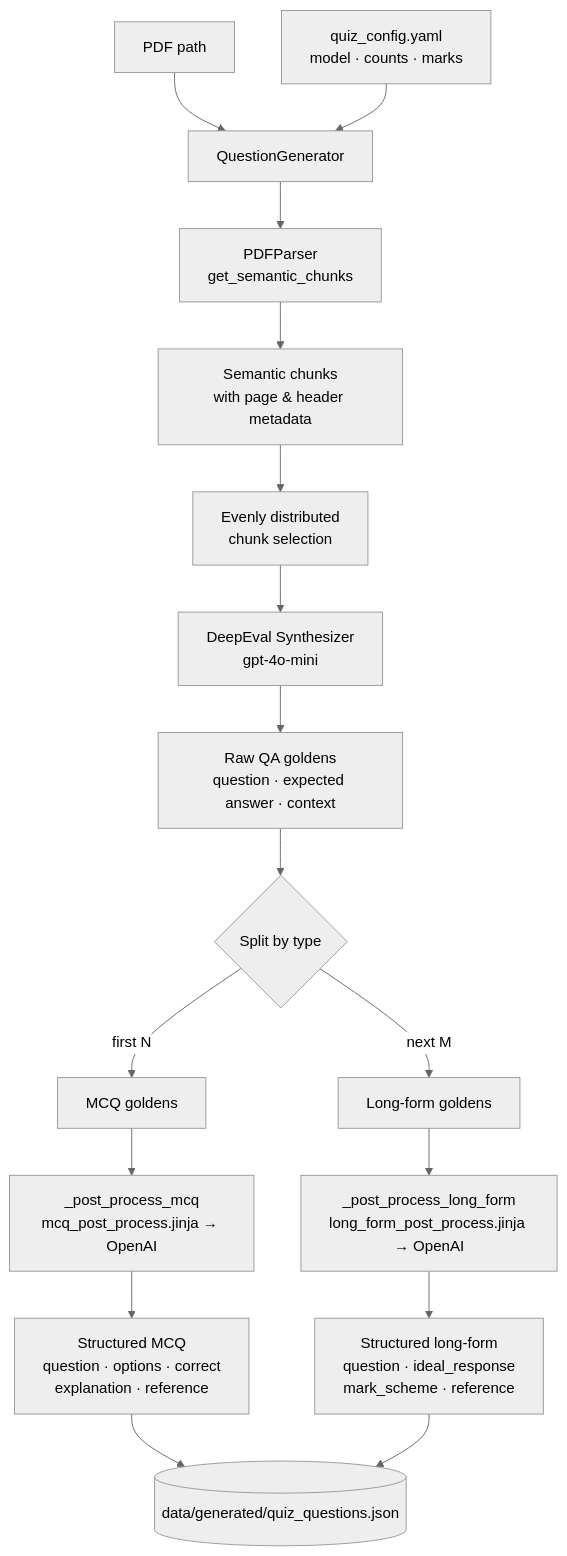
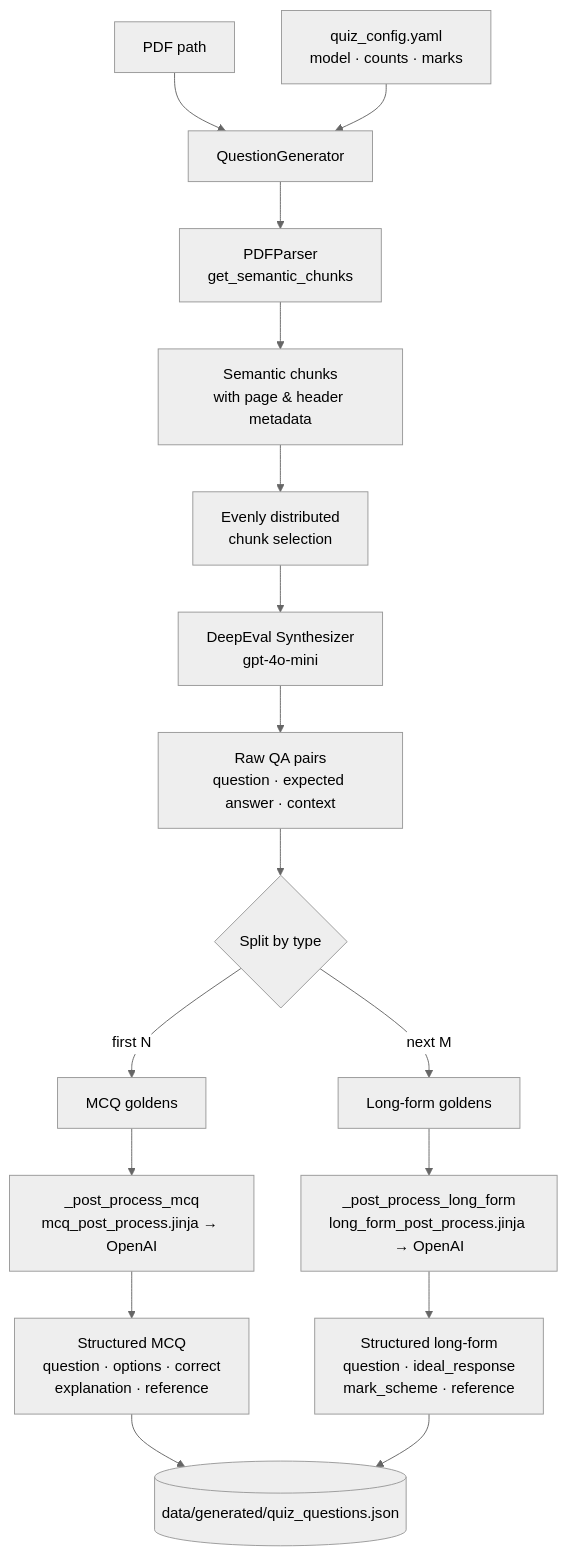
The second of 3 diagrams in README.md (Cadarn/PyData-AI-Generated-Quiz), drawn with Mermaid (neutral theme) before and after one commit. The commit also changed other lines of this file, not shown here.

````diff
--- a/README.md
+++ b/README.md
@@ -101,19 +104,19 @@
 ```mermaid
 flowchart TD
     A[PDF path] --> B[QuestionGenerator]
     C[quiz_config.yaml\nmodel · counts · marks] --> B
     B --> D[PDFParser\nget_semantic_chunks]
     D --> E[Semantic chunks\nwith page & header metadata]
     E --> F[Evenly distributed\nchunk selection]
     F --> G[DeepEval Synthesizer\ngpt-4o-mini]
-    G --> H[Raw QA goldens\nquestion · expected answer · context]
+    G --> H[Raw QA pairs\nquestion · expected answer · context]
     H --> I{Split by type}
     I --> |first N| J[MCQ goldens]
     I --> |next M| K[Long-form goldens]
     J --> L[_post_process_mcq\nmcq_post_process.jinja → OpenAI]
     K --> M[_post_process_long_form\nlong_form_post_process.jinja → OpenAI]
     L --> N[Structured MCQ\nquestion · options · correct\nexplanation · reference]
     M --> O[Structured long-form\nquestion · ideal_response\nmark_scheme · reference]
     N --> P[(data/generated/quiz_questions.json)]
     O --> P
 ```
````
